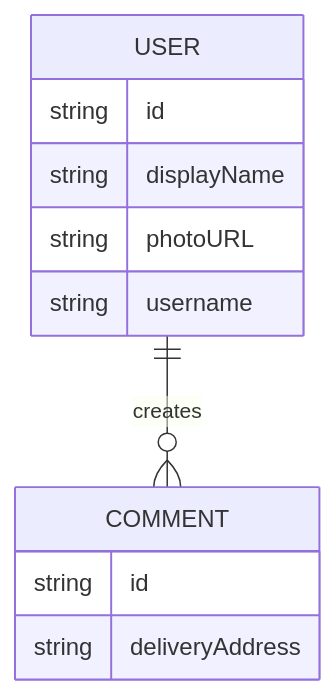
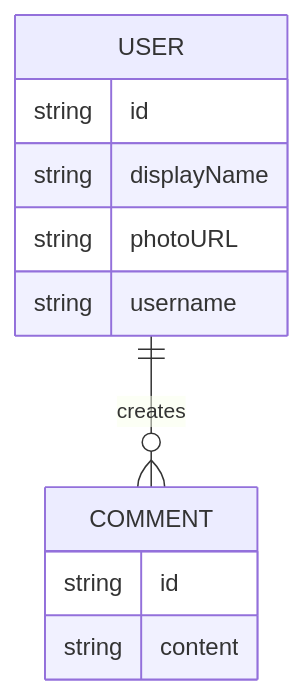
Before and after one commit to cnguyen-de/photos-portfolio-nuxt: the diagram in README.md, drawn with Mermaid. The commit also changed other lines of this file and 3 other files, not shown here.

````diff
--- a/README.md
+++ b/README.md
@@ -15,14 +17,14 @@
 ```mermaid
 erDiagram
     USER ||--o{ COMMENT : creates
     USER {
         string id
         string displayName
         string photoURL
         string username
     }
     COMMENT {
         string id
-        string deliveryAddress
+        string content
     }
 ```
````
